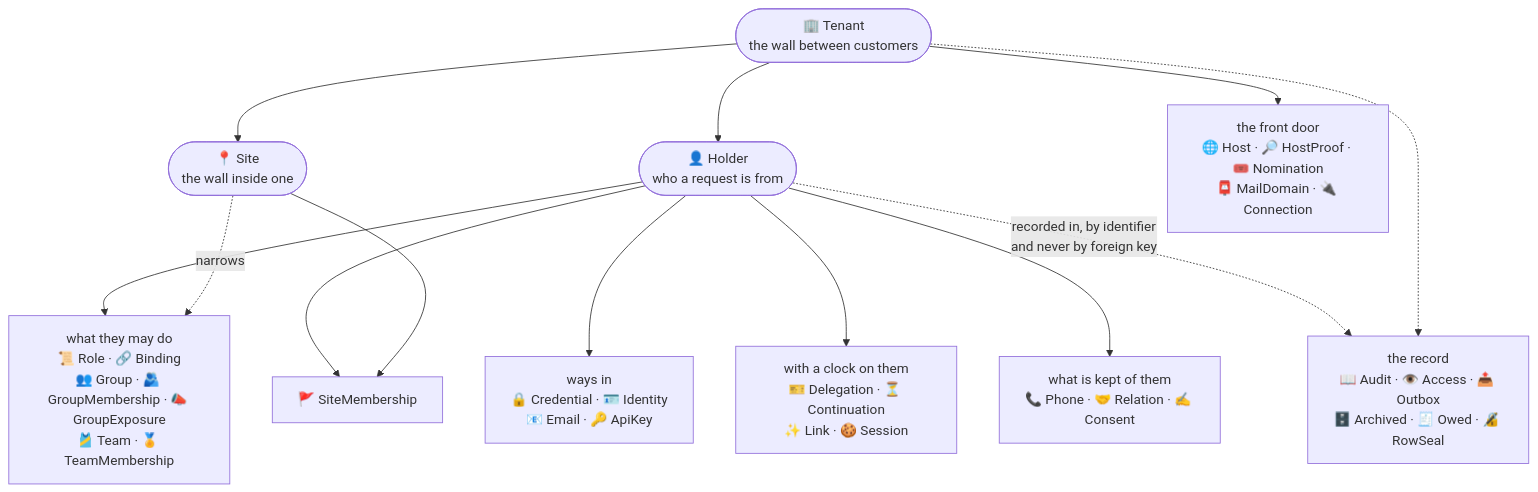
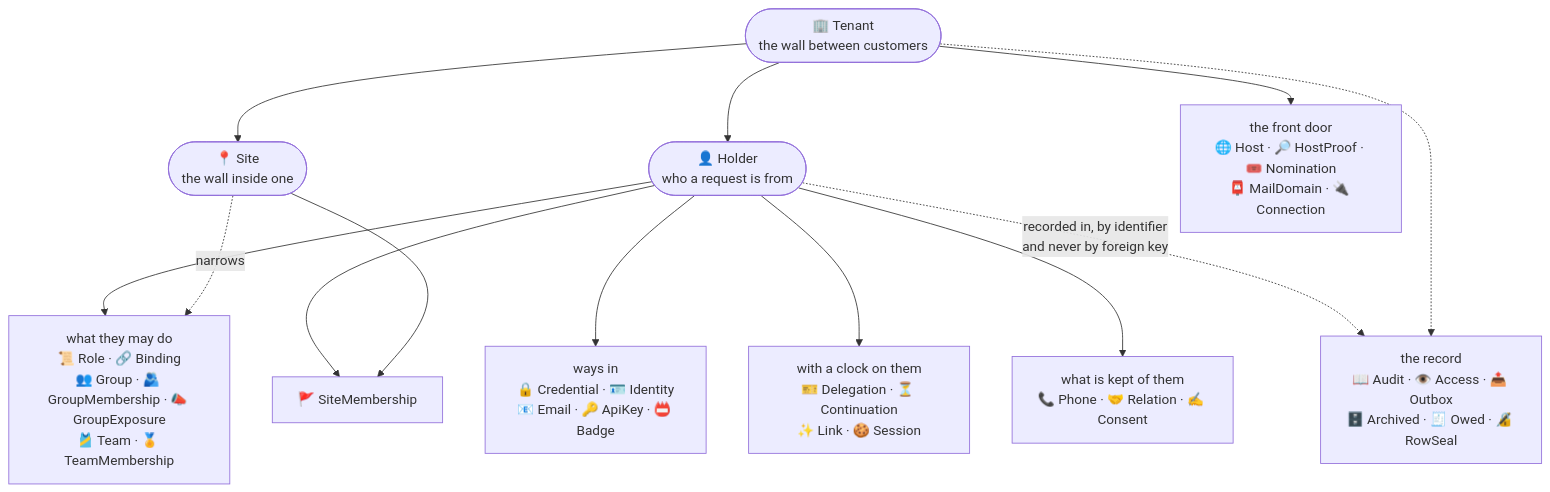
One commit to lesomnus/roster changed the first of 8 diagrams in docs/entity.md. Above: the diagram before and after it, drawn with Mermaid. The commit also changed other lines of this file and 57 other files, not shown here.

````diff
--- a/docs/entity.md
+++ b/docs/entity.md
@@ -37,28 +37,28 @@
 ```mermaid
 flowchart TB
   T(["🏢 Tenant<br/>the wall between customers"])
   S(["📍 Site<br/>the wall inside one"])
   H(["👤 Holder<br/>who a request is from"])
 
   T --> S
   T --> H
 
-  W["ways in<br/>🔒 Credential · 🪪 Identity<br/>📧 Email · 🔑 ApiKey"]
+  W["ways in<br/>🔒 Credential · 🪪 Identity<br/>📧 Email · 🔑 ApiKey · 📛 Badge"]
   B["with a clock on them<br/>🎫 Delegation · ⏳ Continuation<br/>✨ Link · 🍪 Session"]
   M["what they may do<br/>📜 Role · 🔗 Binding<br/>👥 Group · 🫂 GroupMembership · 📣 GroupExposure<br/>🎽 Team · 🏅 TeamMembership"]
   K["what is kept of them<br/>📞 Phone · 🤝 Relation · ✍️ Consent"]
   F["the front door<br/>🌐 Host · 🔎 HostProof · 🎟️ Nomination<br/>📮 MailDomain · 🔌 Connection"]
   R["the record<br/>📖 Audit · 👁️ Access · 📤 Outbox<br/>🗄️ Archived · 🧾 Owed · 🔏 RowSeal"]
   SM["🚩 SiteMembership"]
 
   H --> W
   H --> B
   H --> M
   H --> K
   S -.->|narrows| M
   H --> SM
   S --> SM
   T --> F
   H -. "recorded in, by identifier<br/>and never by foreign key" .-> R
   T -.-> R
 ```
````
